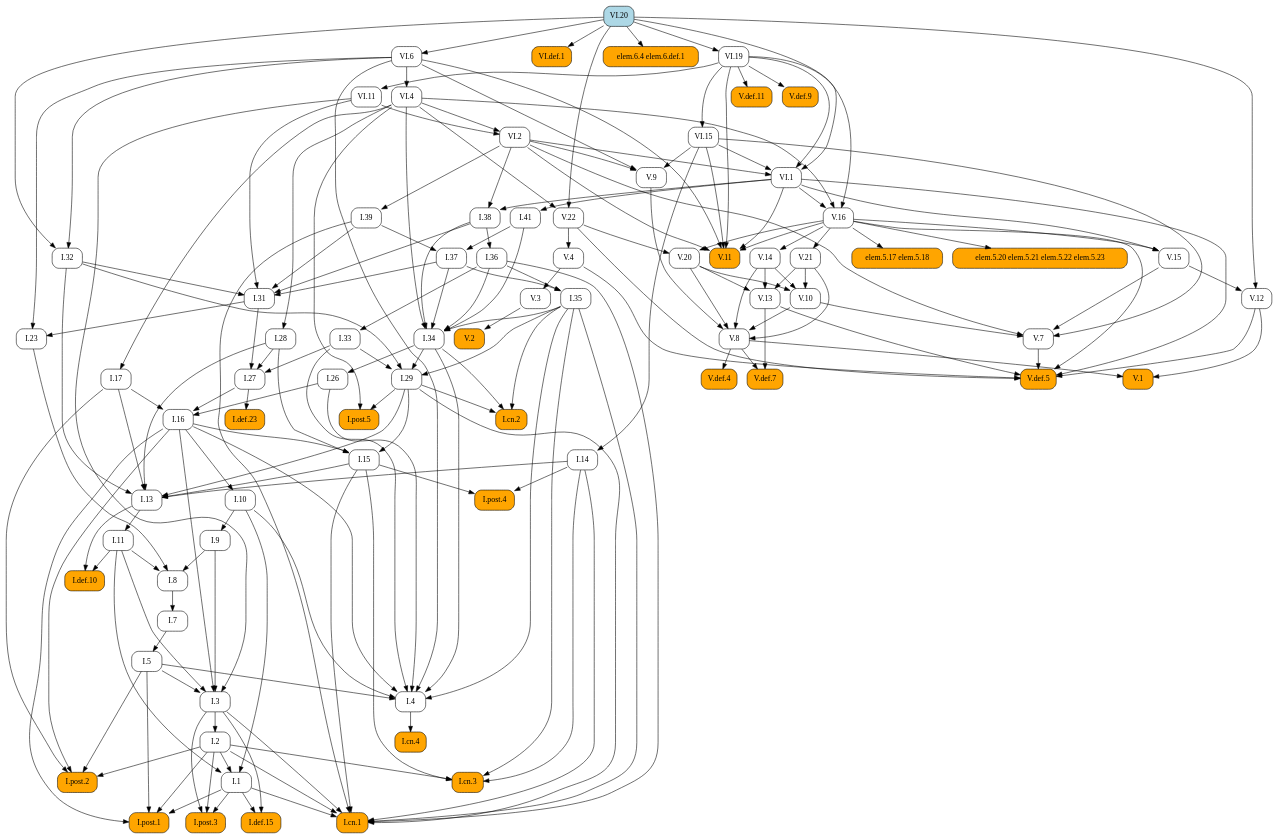
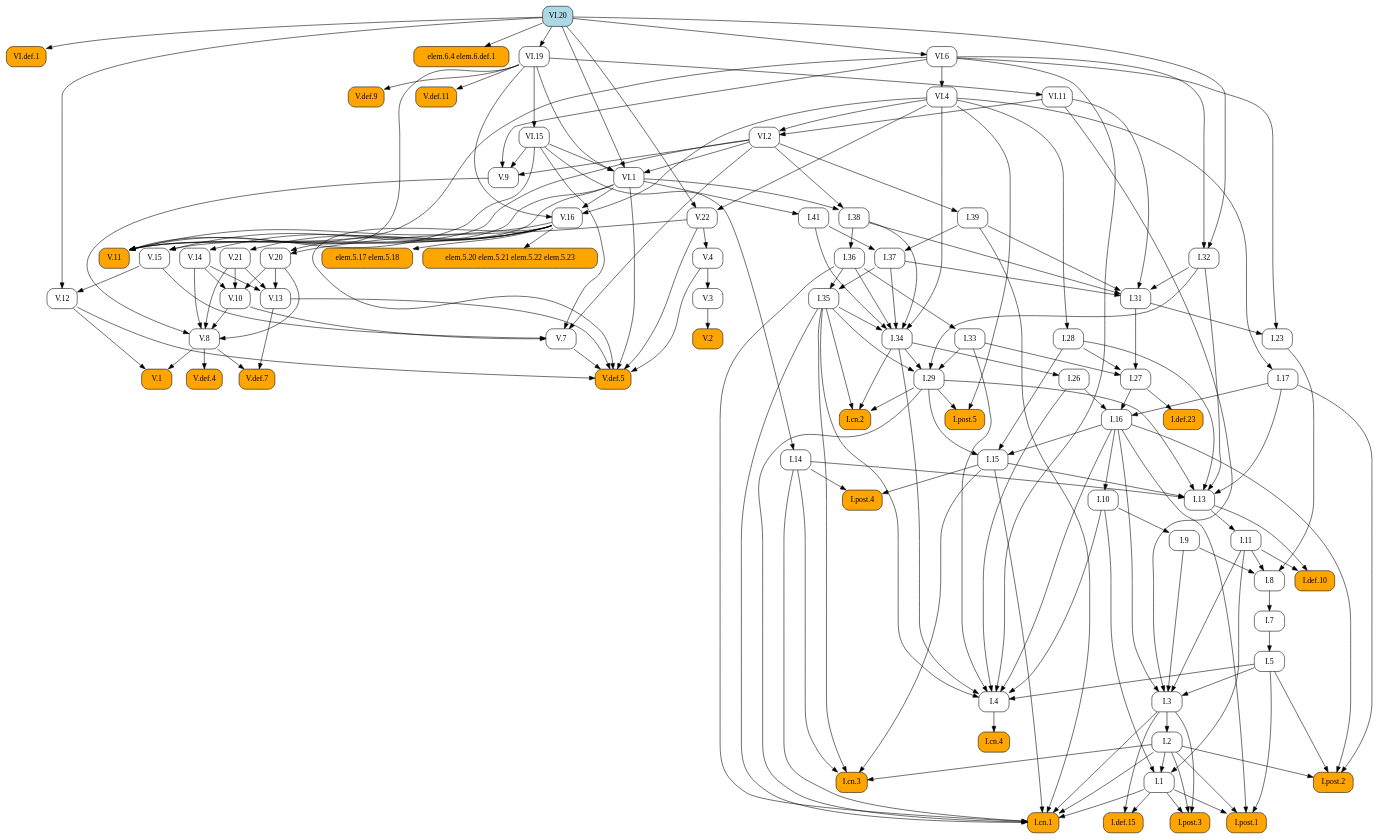
One commit to geometor/elements changed the diagram in docsrc/heath/VI/20/index.rst. Above: the diagram before and after it, drawn with Graphviz. The commit also changed other lines of this file and 484 other files, not shown here.

```diff
--- a/docsrc/heath/VI/20/index.rst
+++ b/docsrc/heath/VI/20/index.rst
@@ -162,91 +166,199 @@
    digraph {
      rankdir="TB";
      node [shape=box, style=rounded];
+     "I.23" [URL="/heath/I/23/", target="_top"];
+     "I.9" [URL="/heath/I/9/", target="_top"];
+     "VI.def.1" [style="rounded,filled", fillcolor=orange, URL="/heath/VI/def.1/", target="_top"];
+     "V.13" [URL="/heath/V/13/", target="_top"];
+     "I.def.15" [style="rounded,filled", fillcolor=orange, URL="/heath/I/def.15/", target="_top"];
+     "V.7" [URL="/heath/V/7/", target="_top"];
+     "elem.5.17 elem.5.18" [style="rounded,filled", fillcolor=orange];
+     "I.post.1" [style="rounded,filled", fillcolor=orange, URL="/heath/I/post.1/", target="_top"];
+     "V.14" [URL="/heath/V/14/", target="_top"];
+     "V.9" [URL="/heath/V/9/", target="_top"];
+     "VI.20" [style="rounded,filled", fillcolor=lightblue, URL="/heath/VI/20/", target="_top"];
+     "I.31" [URL="/heath/I/31/", target="_top"];
      "I.def.10" [style="rounded,filled", fillcolor=orange, URL="/heath/I/def.10/", target="_top"];
+     "V.10" [URL="/heath/V/10/", target="_top"];
+     "V.4" [URL="/heath/V/4/", target="_top"];
+     "VI.1" [URL="/heath/VI/1/", target="_top"];
+     "I.39" [URL="/heath/I/39/", target="_top"];
+     "I.14" [URL="/heath/I/14/", target="_top"];
+     "V.11" [style="rounded,filled", fillcolor=orange, URL="/heath/V/11/", target="_top"];
+     "I.34" [URL="/heath/I/34/", target="_top"];
+     "I.3" [URL="/heath/I/3/", target="_top"];
+     "V.def.4" [style="rounded,filled", fillcolor=orange, URL="/heath/V/def.4/", target="_top"];
+     "V.def.7" [style="rounded,filled", fillcolor=orange, URL="/heath/V/def.7/", target="_top"];
+     "V.21" [URL="/heath/V/21/", target="_top"];
+     "I.2" [URL="/heath/I/2/", target="_top"];
+     "V.3" [URL="/heath/V/3/", target="_top"];
+     "I.13" [URL="/heath/I/13/", target="_top"];
+     "I.post.4" [style="rounded,filled", fillcolor=orange, URL="/heath/I/post.4/", target="_top"];
+     "I.4" [URL="/heath/I/4/", target="_top"];
+     "I.1" [URL="/heath/I/1/", target="_top"];
+     "I.8" [URL="/heath/I/8/", target="_top"];
+     "I.17" [URL="/heath/I/17/", target="_top"];
+     "I.29" [URL="/heath/I/29/", target="_top"];
+     "I.38" [URL="/heath/I/38/", target="_top"];
+     "V.8" [URL="/heath/V/8/", target="_top"];
+     "I.15" [URL="/heath/I/15/", target="_top"];
+     "I.10" [URL="/heath/I/10/", target="_top"];
      "I.11" [URL="/heath/I/11/", target="_top"];
-     "I.post.4" [style="rounded,filled", fillcolor=orange, URL="/heath/I/post.4/", target="_top"];
+     "I.def.23" [style="rounded,filled", fillcolor=orange, URL="/heath/I/def.23/", target="_top"];
+     "V.def.9" [style="rounded,filled", fillcolor=orange, URL="/heath/V/def.9/", target="_top"];
+     "V.def.11" [style="rounded,filled", fillcolor=orange, URL="/heath/V/def.11/", target="_top"];
+     "VI.4" [URL="/heath/VI/4/", target="_top"];
+     "I.26" [URL="/heath/I/26/", target="_top"];
+     "elem.6.4 elem.6.def.1" [style="rounded,filled", fillcolor=orange];
+     "V.16" [URL="/heath/V/16/", target="_top"];
+     "VI.15" [URL="/heath/VI/15/", target="_top"];
+     "I.33" [URL="/heath/I/33/", target="_top"];
+     "I.32" [URL="/heath/I/32/", target="_top"];
+     "I.post.3" [style="rounded,filled", fillcolor=orange, URL="/heath/I/post.3/", target="_top"];
+     "V.def.5" [style="rounded,filled", fillcolor=orange, URL="/heath/V/def.5/", target="_top"];
+     "VI.19" [URL="/heath/VI/19/", target="_top"];
+     "V.20" [URL="/heath/V/20/", target="_top"];
+     "I.27" [URL="/heath/I/27/", target="_top"];
+     "V.12" [URL="/heath/V/12/", target="_top"];
+     "V.2" [style="rounded,filled", fillcolor=orange, URL="/heath/V/2/", target="_top"];
+     "I.cn.1" [style="rounded,filled", fillcolor=orange, URL="/heath/I/cn.1/", target="_top"];
+     "I.35" [URL="/heath/I/35/", target="_top"];
+     "VI.6" [URL="/heath/VI/6/", target="_top"];
+     "I.7" [URL="/heath/I/7/", target="_top"];
+     "I.36" [URL="/heath/I/36/", target="_top"];
+     "I.5" [URL="/heath/I/5/", target="_top"];
+     "I.37" [URL="/heath/I/37/", target="_top"];
+     "I.cn.3" [style="rounded,filled", fillcolor=orange, URL="/heath/I/cn.3/", target="_top"];
+     "I.16" [URL="/heath/I/16/", target="_top"];
+     "V.22" [URL="/heath/V/22/", target="_top"];
+     "V.1" [style="rounded,filled", fillcolor=orange, URL="/heath/V/1/", target="_top"];
+     "I.cn.2" [style="rounded,filled", fillcolor=orange, URL="/heath/I/cn.2/", target="_top"];
+     "I.post.5" [style="rounded,filled", fillcolor=orange, URL="/heath/I/post.5/", target="_top"];
+     "VI.2" [URL="/heath/VI/2/", target="_top"];
+     "I.cn.4" [style="rounded,filled", fillcolor=orange, URL="/heath/I/cn.4/", target="_top"];
      "I.28" [URL="/heath/I/28/", target="_top"];
-     "I.1" [URL="/heath/I/1/", target="_top"];
-     "V.def.5" [style="rounded,filled", fillcolor=orange, URL="/heath/V/def.5/", target="_top"];
-     "V.13" [URL="/heath/V/13/", target="_top"];
-     "V.11" [style="rounded,filled", fillcolor=orange, URL="/heath/V/11/", target="_top"];
-     "VI.6" [URL="/heath/VI/6/", target="_top"];
-     "I.post.3" [style="rounded,filled", fillcolor=orange, URL="/heath/I/post.3/", target="_top"];
-     "VI.1" [URL="/heath/VI/1/", target="_top"];
-     "I.cn.3" [style="rounded,filled", fillcolor=orange, URL="/heath/I/cn.3/", target="_top"];
-     "I.14" [URL="/heath/I/14/", target="_top"];
-     "V.16" [URL="/heath/V/16/", target="_top"];
+     "I.41" [URL="/heath/I/41/", target="_top"];
+     "V.15" [URL="/heath/V/15/", target="_top"];
+     "I.post.2" [style="rounded,filled", fillcolor=orange, URL="/heath/I/post.2/", target="_top"];
      "VI.11" [URL="/heath/VI/11/", target="_top"];
-     "VI.4" [URL="/heath/VI/4/", target="_top"];
-     "V.3" [URL="/heath/V/3/", target="_top"];
-     "I.41" [URL="/heath/I/41/", target="_top"];
-     "I.27" [URL="/heath/I/27/", target="_top"];
-     "V.8" [URL="/heath/V/8/", target="_top"];
-     "I.36" [URL="/heath/I/36/", target="_top"];
-     "I.37" [URL="/heath/I/37/", target="_top"];
-     "I.34" [URL="/heath/I/34/", target="_top"];
-     "I.2" [URL="/heath/I/2/", target="_top"];
-     "I.def.23" [style="rounded,filled", fillcolor=orange, URL="/heath/I/def.23/", target="_top"];
-     "I.17" [URL="/heath/I/17/", target="_top"];
-     "I.33" [URL="/heath/I/33/", target="_top"];
-     "I.post.2" [style="rounded,filled", fillcolor=orange, URL="/heath/I/post.2/", target="_top"];
-     "VI.def.1" [style="rounded,filled", fillcolor=orange, URL="/heath/VI/def.1/", target="_top"];
      "elem.5.20 elem.5.21 elem.5.22 elem.5.23" [style="rounded,filled", fillcolor=orange];
-     "I.9" [URL="/heath/I/9/", target="_top"];
-     "I.32" [URL="/heath/I/32/", target="_top"];
-     "I.cn.4" [style="rounded,filled", fillcolor=orange, URL="/heath/I/cn.4/", target="_top"];
-     "V.def.4" [style="rounded,filled", fillcolor=orange, URL="/heath/V/def.4/", target="_top"];
-     "I.15" [URL="/heath/I/15/", target="_top"];
-     "I.38" [URL="/heath/I/38/", target="_top"];
-     "V.def.7" [style="rounded,filled", fillcolor=orange, URL="/heath/V/def.7/", target="_top"];
-     "I.5" [URL="/heath/I/5/", target="_top"];
-     "V.21" [URL="/heath/V/21/", target="_top"];
-     "elem.6.4 elem.6.def.1" [style="rounded,filled", fillcolor=orange];
-     "I.39" [URL="/heath/I/39/", target="_top"];
-     "V.def.11" [style="rounded,filled", fillcolor=orange, URL="/heath/V/def.11/", target="_top"];
-     "I.26" [URL="/heath/I/26/", target="_top"];
-     "V.14" [URL="/heath/V/14/", target="_top"];
-     "I.29" [URL="/heath/I/29/", target="_top"];
-     "V.12" [URL="/heath/V/12/", target="_top"];
-     "V.22" [URL="/heath/V/22/", target="_top"];
-     "I.cn.2" [style="rounded,filled", fillcolor=orange, URL="/heath/I/cn.2/", target="_top"];
-     "V.20" [URL="/heath/V/20/", target="_top"];
-     "V.10" [URL="/heath/V/10/", target="_top"];
-     "VI.2" [URL="/heath/VI/2/", target="_top"];
-     "I.def.15" [style="rounded,filled", fillcolor=orange, URL="/heath/I/def.15/", target="_top"];
-     "V.15" [URL="/heath/V/15/", target="_top"];
-     "I.cn.1" [style="rounded,filled", fillcolor=orange, URL="/heath/I/cn.1/", target="_top"];
-     "V.7" [URL="/heath/V/7/", target="_top"];
-     "V.9" [URL="/heath/V/9/", target="_top"];
-     "I.23" [URL="/heath/I/23/", target="_top"];
-     "I.post.1" [style="rounded,filled", fillcolor=orange, URL="/heath/I/post.1/", target="_top"];
-     "I.35" [URL="/heath/I/35/", target="_top"];
-     "V.def.9" [style="rounded,filled", fillcolor=orange, URL="/heath/V/def.9/", target="_top"];
-     "I.7" [URL="/heath/I/7/", target="_top"];
-     "I.3" [URL="/heath/I/3/", target="_top"];
-     "I.4" [URL="/heath/I/4/", target="_top"];
-     "I.13" [URL="/heath/I/13/", target="_top"];
-     "V.4" [URL="/heath/V/4/", target="_top"];
-     "I.31" [URL="/heath/I/31/", target="_top"];
-     "VI.20" [style="rounded,filled", fillcolor=lightblue, URL="/heath/VI/20/", target="_top"];
-     "V.1" [style="rounded,filled", fillcolor=orange, URL="/heath/V/1/", target="_top"];
-     "I.16" [URL="/heath/I/16/", target="_top"];
-     "elem.5.17 elem.5.18" [style="rounded,filled", fillcolor=orange];
-     "VI.15" [URL="/heath/VI/15/", target="_top"];
-     "I.8" [URL="/heath/I/8/", target="_top"];
-     "V.2" [style="rounded,filled", fillcolor=orange, URL="/heath/V/2/", target="_top"];
-     "I.post.5" [style="rounded,filled", fillcolor=orange, URL="/heath/I/post.5/", target="_top"];
-     "VI.19" [URL="/heath/VI/19/", target="_top"];
-     "I.10" [URL="/heath/I/10/", target="_top"];
+     "I.31" -> "I.23";
+     "VI.6" -> "I.23";
+     "I.10" -> "I.9";
+     "VI.20" -> "VI.def.1";
+     "V.14" -> "V.13";
+     "V.20" -> "V.13";
+     "V.21" -> "V.13";
+     "I.1" -> "I.def.15";
+     "I.3" -> "I.def.15";
+     "V.10" -> "V.7";
+     "V.15" -> "V.7";
+     "VI.2" -> "V.7";
+     "VI.15" -> "V.7";
+     "V.16" -> "elem.5.17 elem.5.18";
+     "I.1" -> "I.post.1";
+     "I.2" -> "I.post.1";
+     "I.5" -> "I.post.1";
+     "I.16" -> "I.post.1";
+     "V.16" -> "V.14";
+     "VI.2" -> "V.9";
+     "VI.6" -> "V.9";
+     "VI.15" -> "V.9";
+     "I.32" -> "I.31";
+     "I.37" -> "I.31";
+     "I.38" -> "I.31";
+     "I.39" -> "I.31";
+     "VI.11" -> "I.31";
      "I.11" -> "I.def.10";
      "I.13" -> "I.def.10";
-     "I.13" -> "I.11";
+     "V.14" -> "V.10";
+     "V.20" -> "V.10";
+     "V.21" -> "V.10";
+     "V.22" -> "V.4";
+     "VI.2" -> "VI.1";
+     "VI.15" -> "VI.1";
+     "VI.19" -> "VI.1";
+     "VI.20" -> "VI.1";
+     "VI.2" -> "I.39";
+     "VI.15" -> "I.14";
+     "V.16" -> "V.11";
+     "VI.1" -> "V.11";
+     "VI.2" -> "V.11";
+     "VI.6" -> "V.11";
+     "VI.15" -> "V.11";
+     "VI.19" -> "V.11";
+     "I.35" -> "I.34";
+     "I.36" -> "I.34";
+     "I.37" -> "I.34";
+     "I.38" -> "I.34";
+     "I.41" -> "I.34";
+     "VI.4" -> "I.34";
+     "I.5" -> "I.3";
+     "I.9" -> "I.3";
+     "I.11" -> "I.3";
+     "I.16" -> "I.3";
+     "VI.11" -> "I.3";
+     "V.8" -> "V.def.4";
+     "V.8" -> "V.def.7";
+     "V.13" -> "V.def.7";
+     "V.16" -> "V.21";
+     "I.3" -> "I.2";
+     "V.4" -> "V.3";
+     "I.14" -> "I.13";
+     "I.15" -> "I.13";
+     "I.17" -> "I.13";
+     "I.28" -> "I.13";
+     "I.29" -> "I.13";
+     "I.32" -> "I.13";
      "I.14" -> "I.post.4";
      "I.15" -> "I.post.4";
-     "VI.4" -> "I.28";
+     "I.5" -> "I.4";
+     "I.10" -> "I.4";
+     "I.16" -> "I.4";
+     "I.26" -> "I.4";
+     "I.33" -> "I.4";
+     "I.34" -> "I.4";
+     "I.35" -> "I.4";
+     "VI.6" -> "I.4";
      "I.2" -> "I.1";
      "I.10" -> "I.1";
      "I.11" -> "I.1";
+     "I.9" -> "I.8";
+     "I.11" -> "I.8";
+     "I.23" -> "I.8";
+     "VI.4" -> "I.17";
+     "I.32" -> "I.29";
+     "I.33" -> "I.29";
+     "I.34" -> "I.29";
+     "I.35" -> "I.29";
+     "VI.1" -> "I.38";
+     "VI.2" -> "I.38";
+     "V.9" -> "V.8";
+     "V.10" -> "V.8";
+     "V.14" -> "V.8";
+     "V.20" -> "V.8";
+     "V.21" -> "V.8";
+     "I.16" -> "I.15";
+     "I.28" -> "I.15";
+     "I.29" -> "I.15";
+     "I.16" -> "I.10";
+     "I.13" -> "I.11";
+     "I.27" -> "I.def.23";
+     "VI.19" -> "V.def.9";
+     "VI.19" -> "V.def.11";
+     "VI.6" -> "VI.4";
+     "I.34" -> "I.26";
+     "VI.20" -> "elem.6.4 elem.6.def.1";
+     "VI.1" -> "V.16";
+     "VI.4" -> "V.16";
+     "VI.19" -> "V.16";
+     "VI.19" -> "VI.15";
+     "I.36" -> "I.33";
+     "VI.6" -> "I.32";
+     "VI.20" -> "I.32";
+     "I.1" -> "I.post.3";
+     "I.2" -> "I.post.3";
+     "I.3" -> "I.post.3";
      "V.4" -> "V.def.5";
      "V.7" -> "V.def.5";
      "V.12" -> "V.def.5";
@@ -254,103 +366,15 @@
      "V.16" -> "V.def.5";
      "V.22" -> "V.def.5";
      "VI.1" -> "V.def.5";
-     "V.14" -> "V.13";
-     "V.20" -> "V.13";
-     "V.21" -> "V.13";
-     "V.16" -> "V.11";
-     "VI.1" -> "V.11";
-     "VI.2" -> "V.11";
-     "VI.6" -> "V.11";
-     "VI.15" -> "V.11";
-     "VI.19" -> "V.11";
-     "VI.20" -> "VI.6";
-     "I.1" -> "I.post.3";
-     "I.2" -> "I.post.3";
-     "I.3" -> "I.post.3";
-     "VI.2" -> "VI.1";
-     "VI.15" -> "VI.1";
-     "VI.19" -> "VI.1";
-     "VI.20" -> "VI.1";
-     "I.2" -> "I.cn.3";
-     "I.14" -> "I.cn.3";
-     "I.15" -> "I.cn.3";
-     "I.35" -> "I.cn.3";
-     "VI.15" -> "I.14";
-     "VI.1" -> "V.16";
-     "VI.4" -> "V.16";
-     "VI.19" -> "V.16";
-     "VI.19" -> "VI.11";
-     "VI.6" -> "VI.4";
-     "V.4" -> "V.3";
-     "VI.1" -> "I.41";
+     "VI.20" -> "VI.19";
+     "V.16" -> "V.20";
+     "V.22" -> "V.20";
      "I.28" -> "I.27";
      "I.31" -> "I.27";
      "I.33" -> "I.27";
-     "V.9" -> "V.8";
-     "V.10" -> "V.8";
-     "V.14" -> "V.8";
-     "V.20" -> "V.8";
-     "V.21" -> "V.8";
-     "I.38" -> "I.36";
-     "I.39" -> "I.37";
-     "I.41" -> "I.37";
-     "I.35" -> "I.34";
-     "I.36" -> "I.34";
-     "I.37" -> "I.34";
-     "I.38" -> "I.34";
-     "I.41" -> "I.34";
-     "VI.4" -> "I.34";
-     "I.3" -> "I.2";
-     "I.27" -> "I.def.23";
-     "VI.4" -> "I.17";
-     "I.36" -> "I.33";
-     "I.2" -> "I.post.2";
-     "I.5" -> "I.post.2";
-     "I.16" -> "I.post.2";
-     "I.17" -> "I.post.2";
-     "VI.20" -> "VI.def.1";
-     "V.16" -> "elem.5.20 elem.5.21 elem.5.22 elem.5.23";
-     "I.10" -> "I.9";
-     "VI.6" -> "I.32";
-     "VI.20" -> "I.32";
-     "I.4" -> "I.cn.4";
-     "V.8" -> "V.def.4";
-     "I.16" -> "I.15";
-     "I.28" -> "I.15";
-     "I.29" -> "I.15";
-     "VI.1" -> "I.38";
-     "VI.2" -> "I.38";
-     "V.8" -> "V.def.7";
-     "V.13" -> "V.def.7";
-     "I.7" -> "I.5";
-     "V.16" -> "V.21";
-     "VI.20" -> "elem.6.4 elem.6.def.1";
-     "VI.2" -> "I.39";
-     "VI.19" -> "V.def.11";
-     "I.34" -> "I.26";
-     "V.16" -> "V.14";
-     "I.32" -> "I.29";
-     "I.33" -> "I.29";
-     "I.34" -> "I.29";
-     "I.35" -> "I.29";
      "V.15" -> "V.12";
      "VI.20" -> "V.12";
-     "VI.4" -> "V.22";
-     "VI.20" -> "V.22";
-     "I.29" -> "I.cn.2";
-     "I.34" -> "I.cn.2";
-     "I.35" -> "I.cn.2";
-     "V.16" -> "V.20";
-     "V.22" -> "V.20";
-     "V.14" -> "V.10";
-     "V.20" -> "V.10";
-     "V.21" -> "V.10";
-     "VI.4" -> "VI.2";
-     "VI.11" -> "VI.2";
-     "I.1" -> "I.def.15";
-     "I.3" -> "I.def.15";
-     "V.16" -> "V.15";
-     "VI.1" -> "V.15";
+     "V.3" -> "V.2";
      "I.1" -> "I.cn.1";
      "I.2" -> "I.cn.1";
      "I.3" -> "I.cn.1";
@@ -360,61 +384,41 @@
      "I.35" -> "I.cn.1";
      "I.36" -> "I.cn.1";
      "I.39" -> "I.cn.1";
-     "V.10" -> "V.7";
-     "V.15" -> "V.7";
-     "VI.2" -> "V.7";
-     "VI.15" -> "V.7";
-     "VI.2" -> "V.9";
-     "VI.6" -> "V.9";
-     "VI.15" -> "V.9";
-     "I.31" -> "I.23";
-     "VI.6" -> "I.23";
-     "I.1" -> "I.post.1";
-     "I.2" -> "I.post.1";
-     "I.5" -> "I.post.1";
-     "I.16" -> "I.post.1";
      "I.36" -> "I.35";
      "I.37" -> "I.35";
-     "VI.19" -> "V.def.9";
+     "VI.20" -> "VI.6";
      "I.8" -> "I.7";
-     "I.5" -> "I.3";
-     "I.9" -> "I.3";
-     "I.11" -> "I.3";
-     "I.16" -> "I.3";
-     "VI.11" -> "I.3";
-     "I.5" -> "I.4";
-     "I.10" -> "I.4";
-     "I.16" -> "I.4";
-     "I.26" -> "I.4";
-     "I.33" -> "I.4";
-     "I.34" -> "I.4";
-     "I.35" -> "I.4";
-     "VI.6" -> "I.4";
-     "I.14" -> "I.13";
-     "I.15" -> "I.13";
-     "I.17" -> "I.13";
-     "I.28" -> "I.13";
-     "I.29" -> "I.13";
-     "I.32" -> "I.13";
-     "V.22" -> "V.4";
-     "I.32" -> "I.31";
-     "I.37" -> "I.31";
-     "I.38" -> "I.31";
-     "I.39" -> "I.31";
-     "VI.11" -> "I.31";
-     "V.8" -> "V.1";
-     "V.12" -> "V.1";
+     "I.38" -> "I.36";
+     "I.7" -> "I.5";
+     "I.39" -> "I.37";
+     "I.41" -> "I.37";
+     "I.2" -> "I.cn.3";
+     "I.14" -> "I.cn.3";
+     "I.15" -> "I.cn.3";
+     "I.35" -> "I.cn.3";
      "I.17" -> "I.16";
      "I.26" -> "I.16";
      "I.27" -> "I.16";
-     "V.16" -> "elem.5.17 elem.5.18";
-     "VI.19" -> "VI.15";
-     "I.9" -> "I.8";
-     "I.11" -> "I.8";
-     "I.23" -> "I.8";
-     "V.3" -> "V.2";
+     "VI.4" -> "V.22";
+     "VI.20" -> "V.22";
+     "V.8" -> "V.1";
+     "V.12" -> "V.1";
+     "I.29" -> "I.cn.2";
+     "I.34" -> "I.cn.2";
+     "I.35" -> "I.cn.2";
      "I.29" -> "I.post.5";
      "VI.4" -> "I.post.5";
-     "VI.20" -> "VI.19";
-     "I.16" -> "I.10";
+     "VI.4" -> "VI.2";
+     "VI.11" -> "VI.2";
+     "I.4" -> "I.cn.4";
+     "VI.4" -> "I.28";
+     "VI.1" -> "I.41";
+     "V.16" -> "V.15";
+     "VI.1" -> "V.15";
+     "I.2" -> "I.post.2";
+     "I.5" -> "I.post.2";
+     "I.16" -> "I.post.2";
+     "I.17" -> "I.post.2";
+     "VI.19" -> "VI.11";
+     "V.16" -> "elem.5.20 elem.5.21 elem.5.22 elem.5.23";
    }
```
